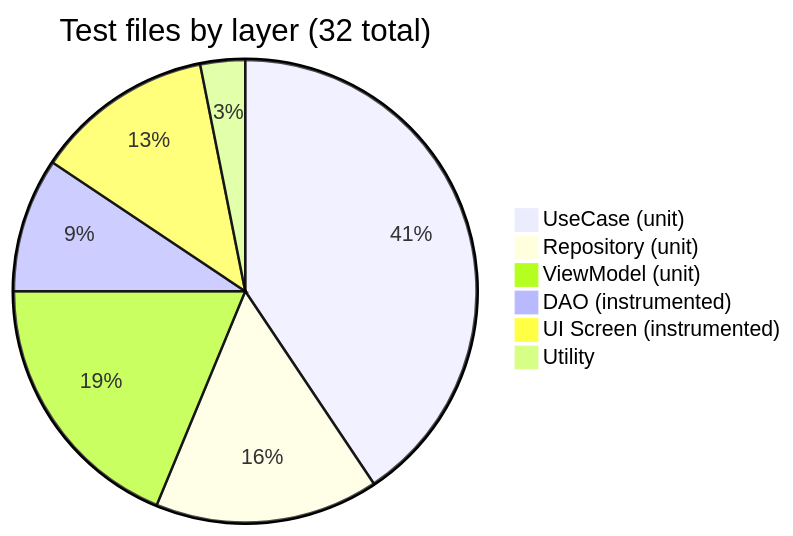
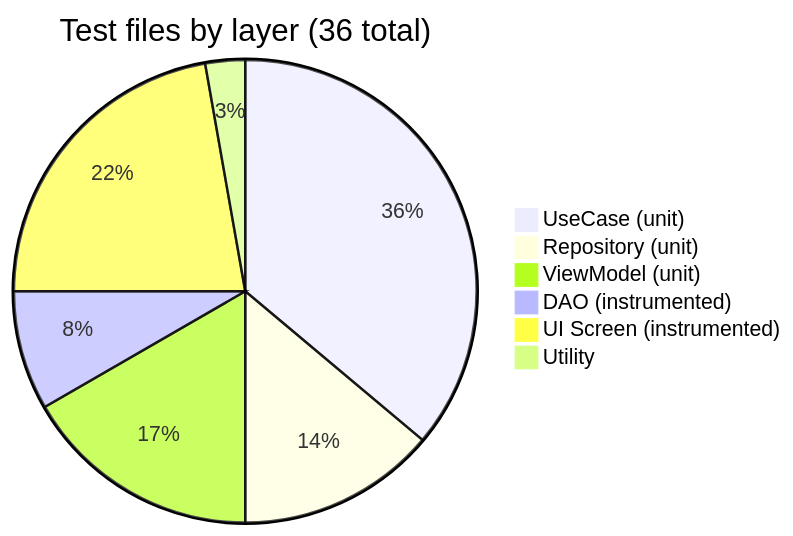
One commit to caramelool/ifood-android changed the first of 2 diagrams in docs/testing.md. Above: the diagram before and after it, drawn with Mermaid. The commit also changed other lines of this file and 49 other files, not shown here.

````diff
--- a/docs/testing.md
+++ b/docs/testing.md
@@ -9,9 +9,9 @@
 ```mermaid
-pie title Test files by layer (32 total)
+pie title Test files by layer (36 total)
     "UseCase (unit)" : 13
     "Repository (unit)" : 5
     "ViewModel (unit)" : 6
     "DAO (instrumented)" : 3
-    "UI Screen (instrumented)" : 4
+    "UI Screen (instrumented)" : 8
     "Utility" : 1
 ```
````
